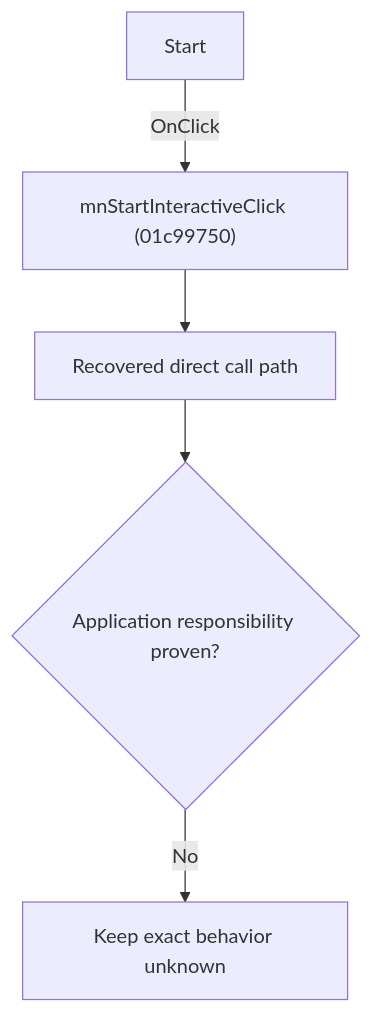
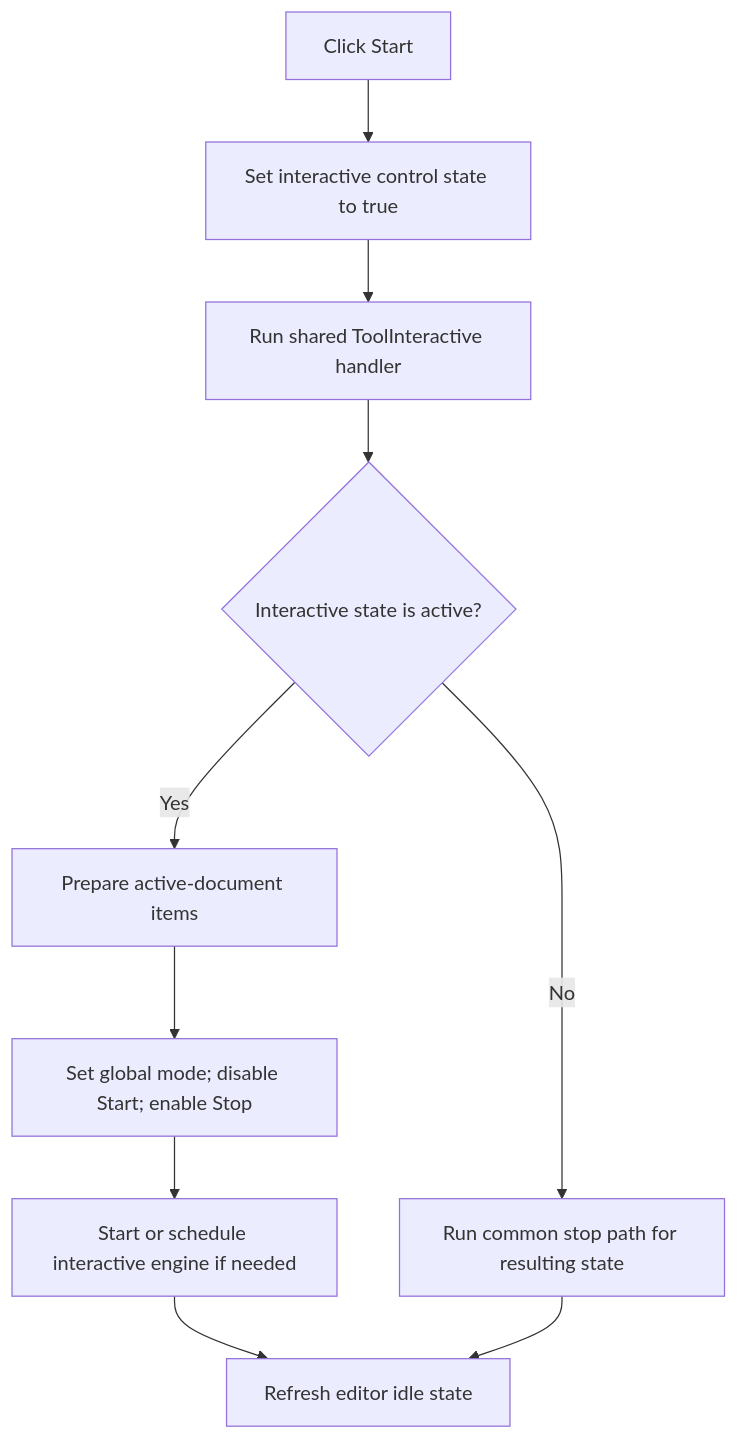
One commit to MovGP0/TIARA changed the diagram in docs/ui-controls/schematiceditor/mnstartinteractive-36c91195ac.md. Above: the diagram before and after it, drawn with Mermaid. The commit also changed other lines of this file and 241 other files, not shown here.

````diff
--- a/docs/ui-controls/schematiceditor/mnstartinteractive-36c91195ac.md
+++ b/docs/ui-controls/schematiceditor/mnstartinteractive-36c91195ac.md
@@ -27,7 +29,12 @@
 ```mermaid
 flowchart TD
-    control["Start"] -->|"OnClick"| handler["mnStartInteractiveClick (01c99750)"]
-    handler --> recovered["Recovered direct call path"]
-    recovered --> gap{"Application responsibility proven?"}
-    gap -->|"No"| blocked["Keep exact behavior unknown"]
+    control["Click Start"] --> state["Set interactive control state to true"]
+    state --> shared["Run shared ToolInteractive handler"]
+    shared --> active{"Interactive state is active?"}
+    active -->|"Yes"| prepare["Prepare active-document items"]
+    prepare --> flags["Set global mode; disable Start; enable Stop"]
+    flags --> engine["Start or schedule interactive engine if needed"]
+    active -->|"No"| stopPath["Run common stop path for resulting state"]
+    engine --> refresh["Refresh editor idle state"]
+    stopPath --> refresh
 ```
````
